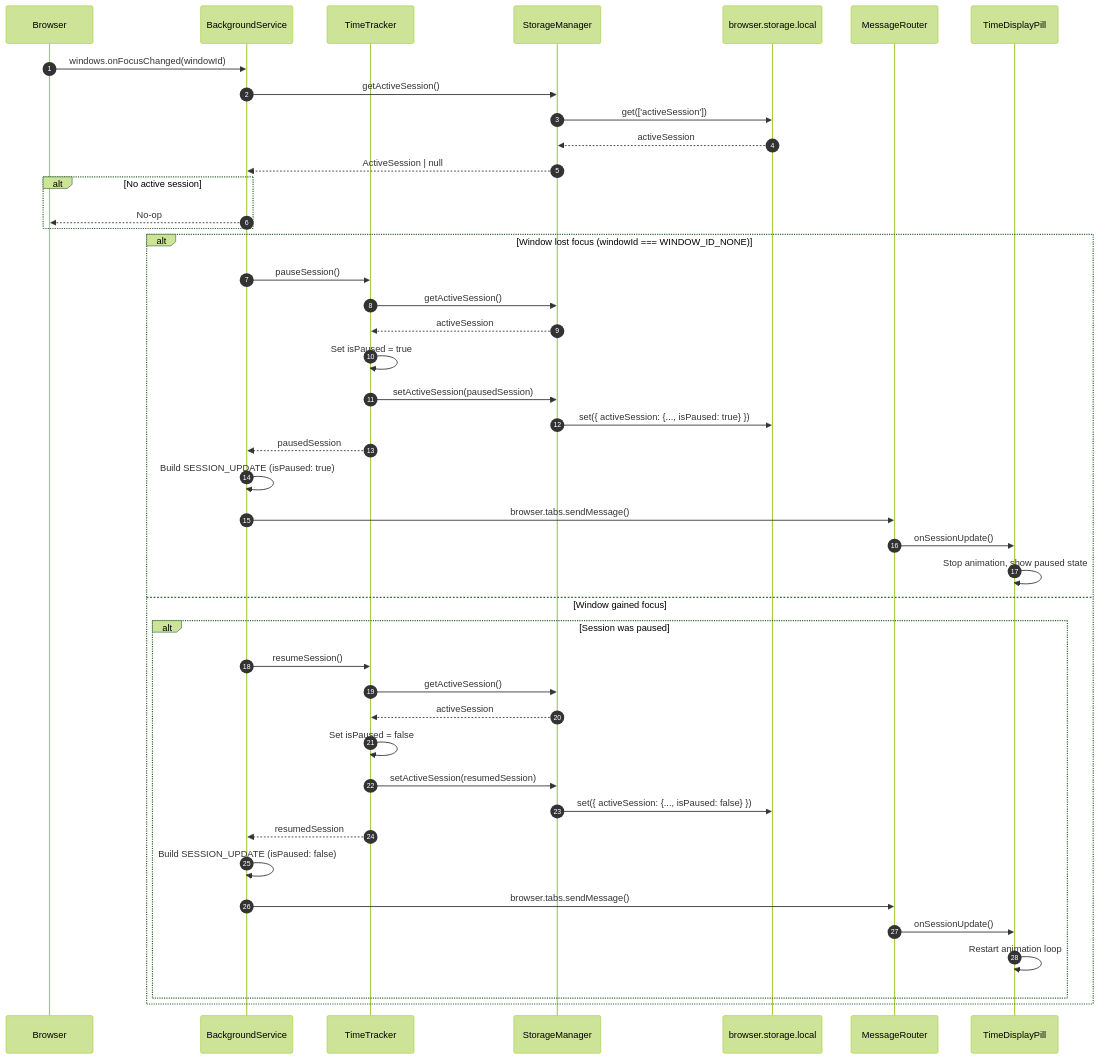
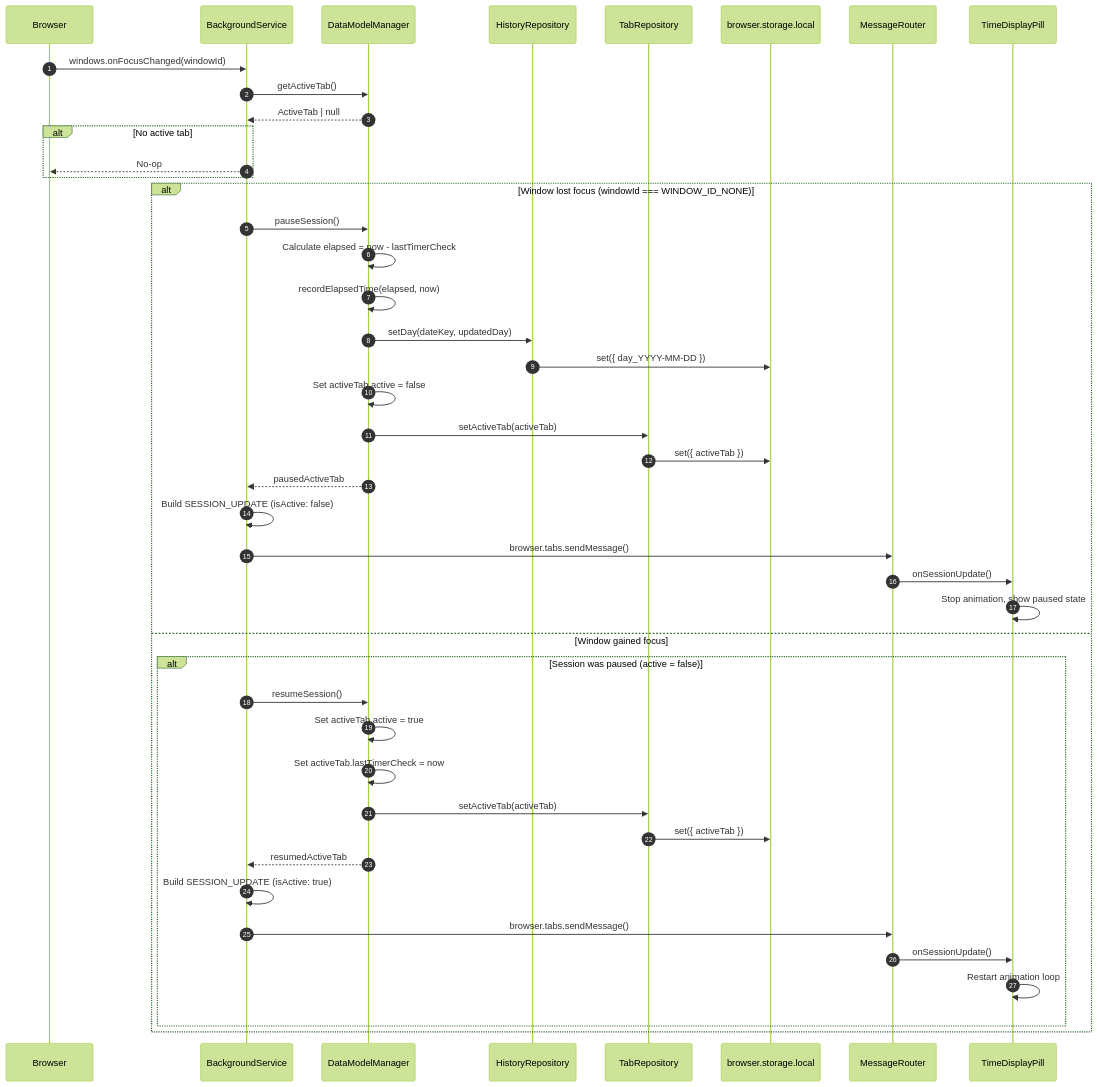
One commit to JayDosunmu/web-time-tracker changed the third of 9 diagrams in docs/architecture-sequences.md. Above: the diagram before and after it, drawn with Mermaid (forest theme). The commit also changed other lines of this file and 4 other files, not shown here.

Commit message:
Update documentation for architecture

````diff
--- a/docs/architecture-sequences.md
+++ b/docs/architecture-sequences.md
@@ -109,52 +117,52 @@
 ```mermaid
 sequenceDiagram
     autonumber
     participant Browser as Browser
     participant BS as BackgroundService
-    participant TT as TimeTracker
-    participant SM as StorageManager
+    participant DMM as DataModelManager
+    participant HR as HistoryRepository
+    participant TR as TabRepository
     participant Storage as browser.storage.local
     participant MR as MessageRouter
     participant TDP as TimeDisplayPill
 
     Browser->>BS: windows.onFocusChanged(windowId)
 
-    BS->>SM: getActiveSession()
-    SM->>Storage: get(['activeSession'])
-    Storage-->>SM: activeSession
-    SM-->>BS: ActiveSession | null
+    BS->>DMM: getActiveTab()
+    DMM-->>BS: ActiveTab | null
 
-    alt No active session
+    alt No active tab
         BS-->>Browser: No-op
     end
 
     alt Window lost focus (windowId === WINDOW_ID_NONE)
-        BS->>TT: pauseSession()
-        TT->>SM: getActiveSession()
-        SM-->>TT: activeSession
-        TT->>TT: Set isPaused = true
-        TT->>SM: setActiveSession(pausedSession)
-        SM->>Storage: set({ activeSession: {..., isPaused: true} })
-        TT-->>BS: pausedSession
+        BS->>DMM: pauseSession()
+        DMM->>DMM: Calculate elapsed = now - lastTimerCheck
+        DMM->>DMM: recordElapsedTime(elapsed, now)
+        DMM->>HR: setDay(dateKey, updatedDay)
+        HR->>Storage: set({ day_YYYY-MM-DD })
+        DMM->>DMM: Set activeTab.active = false
+        DMM->>TR: setActiveTab(activeTab)
+        TR->>Storage: set({ activeTab })
+        DMM-->>BS: pausedActiveTab
 
-        BS->>BS: Build SESSION_UPDATE (isPaused: true)
+        BS->>BS: Build SESSION_UPDATE (isActive: false)
         BS->>MR: browser.tabs.sendMessage()
         MR->>TDP: onSessionUpdate()
         TDP->>TDP: Stop animation, show paused state
     else Window gained focus
-        alt Session was paused
-            BS->>TT: resumeSession()
-            TT->>SM: getActiveSession()
-            SM-->>TT: activeSession
-            TT->>TT: Set isPaused = false
-            TT->>SM: setActiveSession(resumedSession)
-            SM->>Storage: set({ activeSession: {..., isPaused: false} })
-            TT-->>BS: resumedSession
+        alt Session was paused (active = false)
+            BS->>DMM: resumeSession()
+            DMM->>DMM: Set activeTab.active = true
+            DMM->>DMM: Set activeTab.lastTimerCheck = now
+            DMM->>TR: setActiveTab(activeTab)
+            TR->>Storage: set({ activeTab })
+            DMM-->>BS: resumedActiveTab
 
-            BS->>BS: Build SESSION_UPDATE (isPaused: false)
+            BS->>BS: Build SESSION_UPDATE (isActive: true)
             BS->>MR: browser.tabs.sendMessage()
             MR->>TDP: onSessionUpdate()
             TDP->>TDP: Restart animation loop
         end
     end
 ```
````
